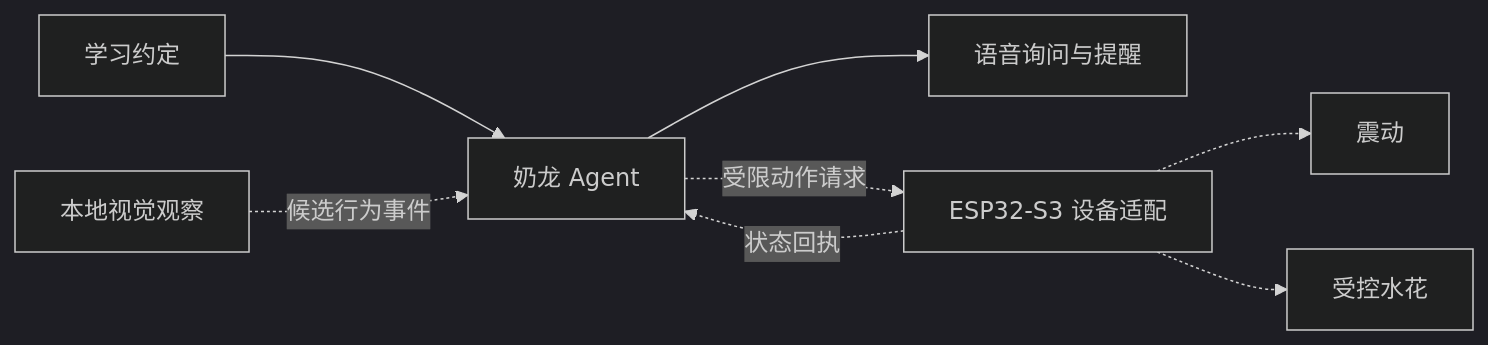
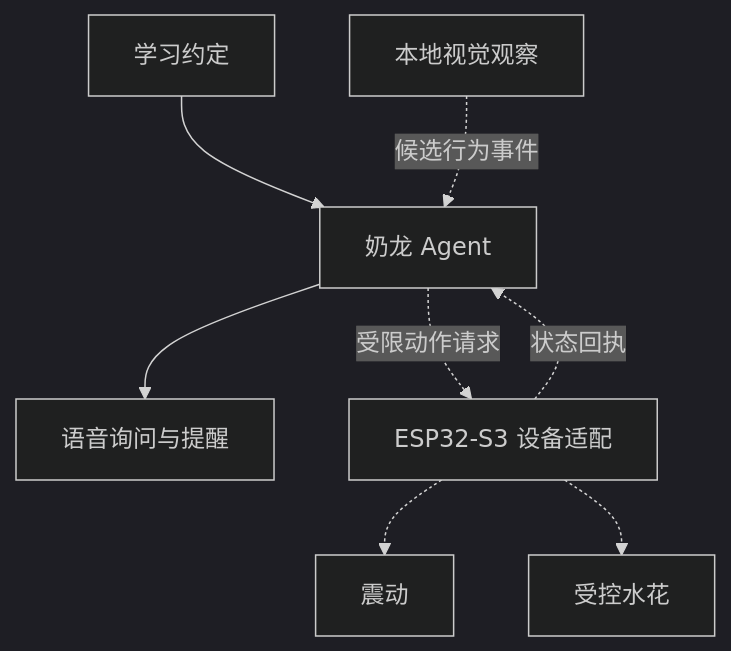
One commit to fingercd/ljyd-ai-hardware-hackathon changed the diagram in README.md. Above: the diagram before and after it, drawn with Mermaid (dark theme). The commit also changed other lines of this file and 4 other files, not shown here.

````diff
--- a/README.md
+++ b/README.md
@@ -56,10 +56,10 @@
 ```mermaid
-flowchart LR
+flowchart TB
     U[学习约定] --> A[奶龙 Agent]
     V[本地视觉观察] -. 候选行为事件 .-> A
     A --> S[语音询问与提醒]
     A -. 受限动作请求 .-> B[ESP32-S3 设备适配]
     B -.-> M[震动]
     B -.-> W[受控水花]
     B -. 状态回执 .-> A
 ```
````
